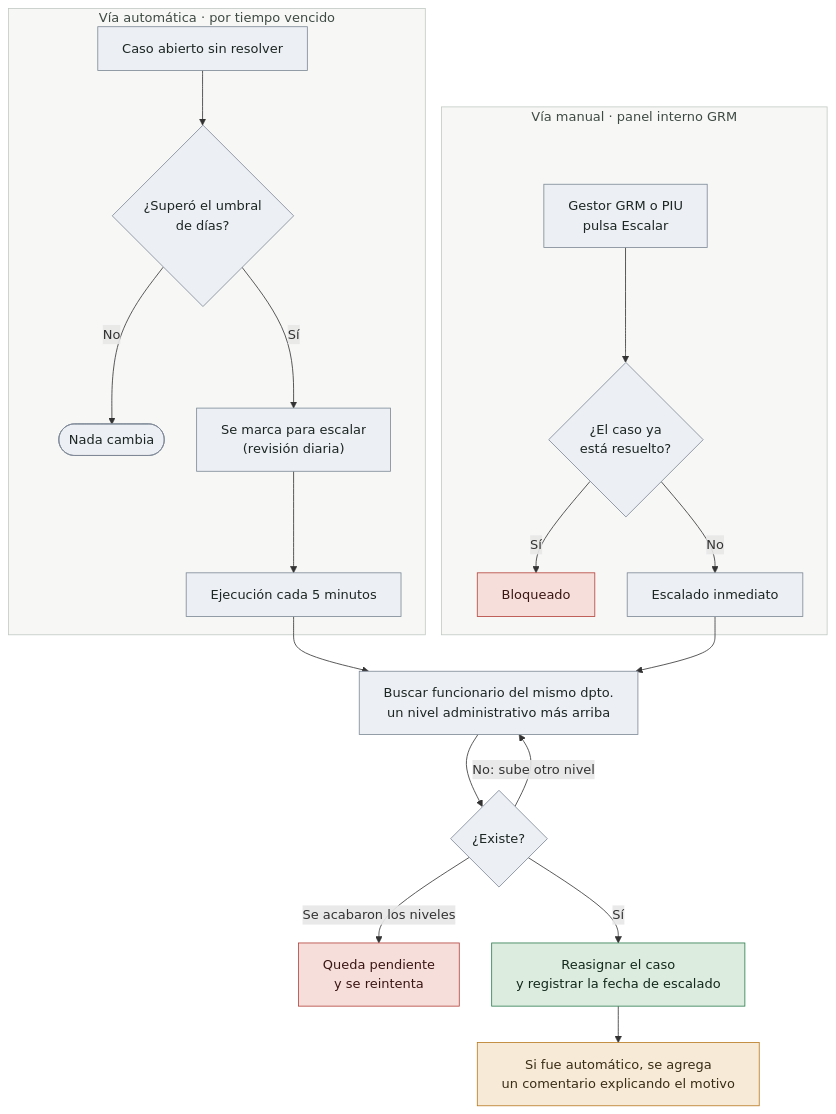
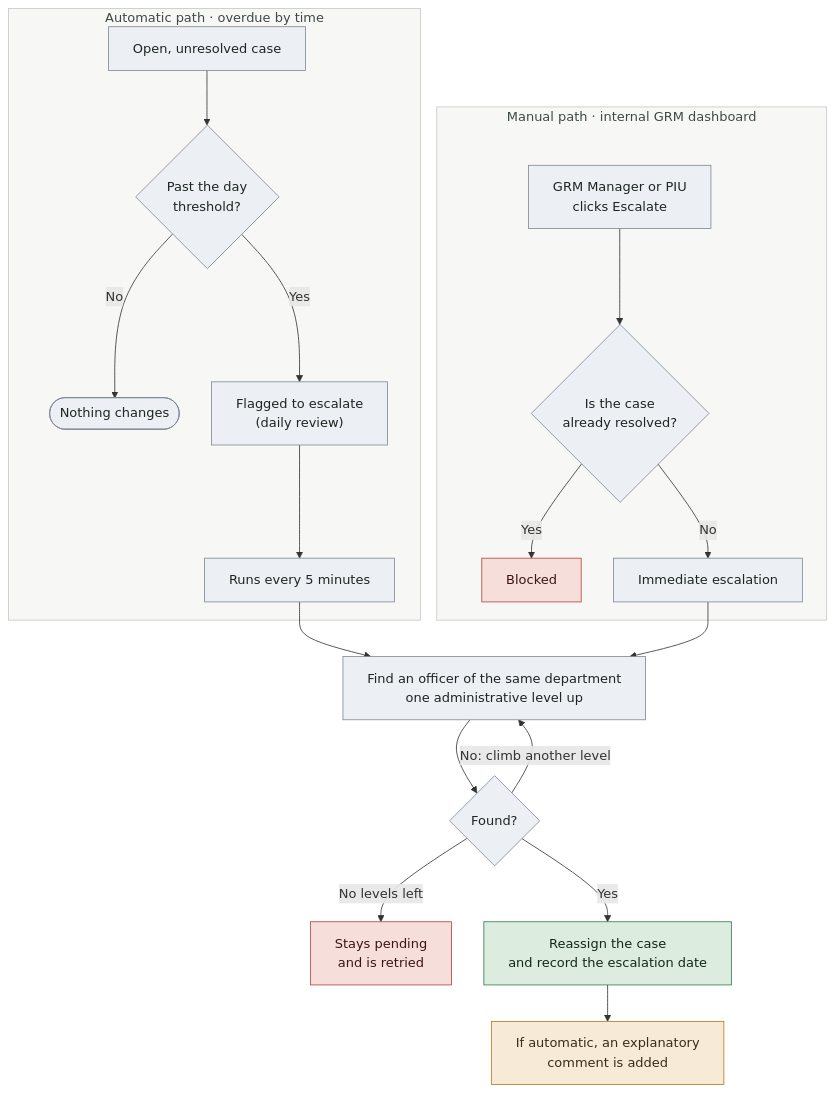
The second of 2 diagrams in docs/sistema-apelacion-escalado.md (e3tools/grm-backend), drawn with Mermaid before and after one commit. The commit also changed other lines of this file, not shown here.

First line of the commit message:
docs: translate appeal/escalation reference to English

````diff
--- a/docs/sistema-apelacion-escalado.md
+++ b/docs/sistema-apelacion-escalado.md
@@ -86,34 +86,34 @@
 ```mermaid
 %%{init: {"flowchart": {"wrappingWidth": 340, "nodeSpacing": 40, "rankSpacing": 45, "curve": "basis"}} }%%
 flowchart TD
-    subgraph AUTO["Vía automática · por tiempo vencido"]
-        A1["Caso abierto sin resolver"] --> A2{"¿Superó el umbral<br/>de días?"}
-        A2 -->|No| A9(["Nada cambia"])
-        A2 -->|Sí| A3["Se marca para escalar<br/>(revisión diaria)"]
-        A3 --> A4["Ejecución cada 5 minutos"]
+    subgraph AUTO["Automatic path · overdue by time"]
+        A1["Open, unresolved case"] --> A2{"Past the day<br/>threshold?"}
+        A2 -->|No| A9(["Nothing changes"])
+        A2 -->|Yes| A3["Flagged to escalate<br/>(daily review)"]
+        A3 --> A4["Runs every 5 minutes"]
     end
 
-    subgraph MAN["Vía manual · panel interno GRM"]
-        B1["Gestor GRM o PIU<br/>pulsa Escalar"] --> B2{"¿El caso ya<br/>está resuelto?"}
-        B2 -->|Sí| B3["Bloqueado"]
-        B2 -->|No| B4["Escalado inmediato"]
+    subgraph MAN["Manual path · internal GRM dashboard"]
+        B1["GRM Manager or PIU<br/>clicks Escalate"] --> B2{"Is the case<br/>already resolved?"}
+        B2 -->|Yes| B3["Blocked"]
+        B2 -->|No| B4["Immediate escalation"]
     end
 
-    A4 --> C1["Buscar funcionario del mismo dpto.<br/>un nivel administrativo más arriba"]
+    A4 --> C1["Find an officer of the same department<br/>one administrative level up"]
     B4 --> C1
-    C1 --> C2{"¿Existe?"}
-    C2 -->|No: sube otro nivel| C1
-    C2 -->|Se acabaron los niveles| C8["Queda pendiente<br/>y se reintenta"]
-    C2 -->|Sí| C4["Reasignar el caso<br/>y registrar la fecha de escalado"]
-    C4 --> C6["Si fue automático, se agrega<br/>un comentario explicando el motivo"]
+    C1 --> C2{"Found?"}
+    C2 -->|No: climb another level| C1
+    C2 -->|No levels left| C8["Stays pending<br/>and is retried"]
+    C2 -->|Yes| C4["Reassign the case<br/>and record the escalation date"]
+    C4 --> C6["If automatic, an explanatory<br/>comment is added"]
 
     classDef default fill:#eceff4,stroke:#7d8896,color:#1c2622
-    classDef bloqueado fill:#f6dedb,stroke:#b3423a,color:#3a1613
-    classDef exito fill:#dcecdf,stroke:#2e7d4f,color:#12291b
-    classDef espera fill:#f7ead6,stroke:#b8791f,color:#3a2d17
-    class B3,C8 bloqueado
-    class C4 exito
-    class C6 espera
+    classDef blocked fill:#f6dedb,stroke:#b3423a,color:#3a1613
+    classDef success fill:#dcecdf,stroke:#2e7d4f,color:#12291b
+    classDef waiting fill:#f7ead6,stroke:#b8791f,color:#3a2d17
+    class B3,C8 blocked
+    class C4 success
+    class C6 waiting
     style AUTO fill:#f7f8f6,stroke:#c2cac4,color:#3f4a44
     style MAN fill:#f7f8f6,stroke:#c2cac4,color:#3f4a44
 ```
````
